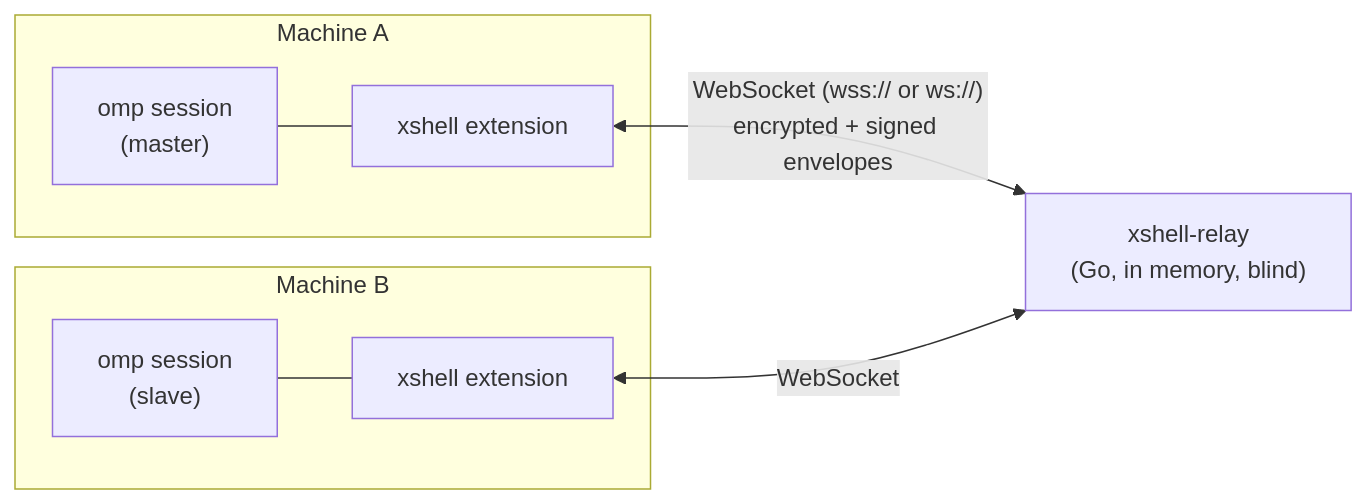
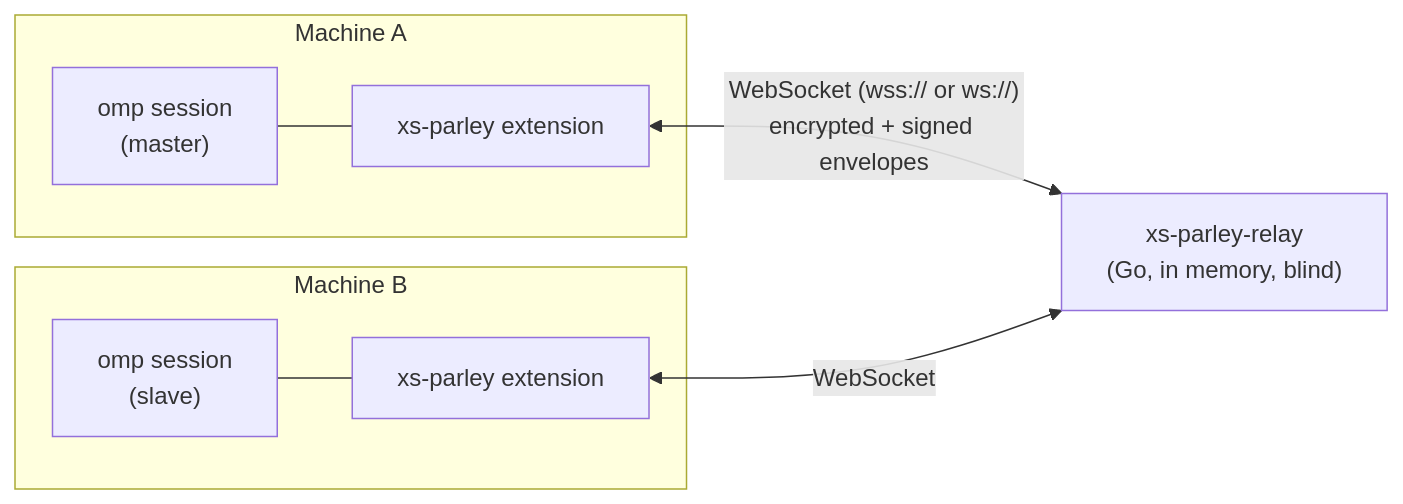
The diagram in README.md (scolomer/xs-parley), drawn with Mermaid before and after one commit. The commit also changed other lines of this file and 48 other files, not shown here.

````diff
--- a/README.md
+++ b/README.md
@@ -14,11 +14,11 @@
 ```mermaid
 flowchart LR
     subgraph laptop["Machine A"]
-        A["omp session<br/>(master)"] --- EA["xshell extension"]
+        A["omp session<br/>(master)"] --- EA["xs-parley extension"]
     end
     subgraph prod["Machine B"]
-        B["omp session<br/>(slave)"] --- EB["xshell extension"]
+        B["omp session<br/>(slave)"] --- EB["xs-parley extension"]
     end
-    EA <-- "WebSocket (wss:// or ws://)<br/>encrypted + signed envelopes" --> R["xshell-relay<br/>(Go, in memory, blind)"]
+    EA <-- "WebSocket (wss:// or ws://)<br/>encrypted + signed envelopes" --> R["xs-parley-relay<br/>(Go, in memory, blind)"]
     EB <-- "WebSocket" --> R
 ```
````
